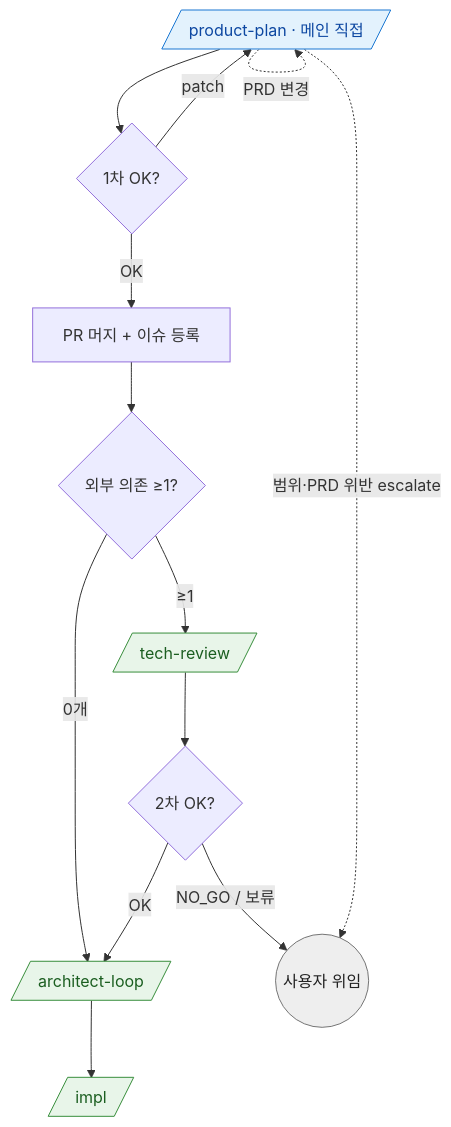
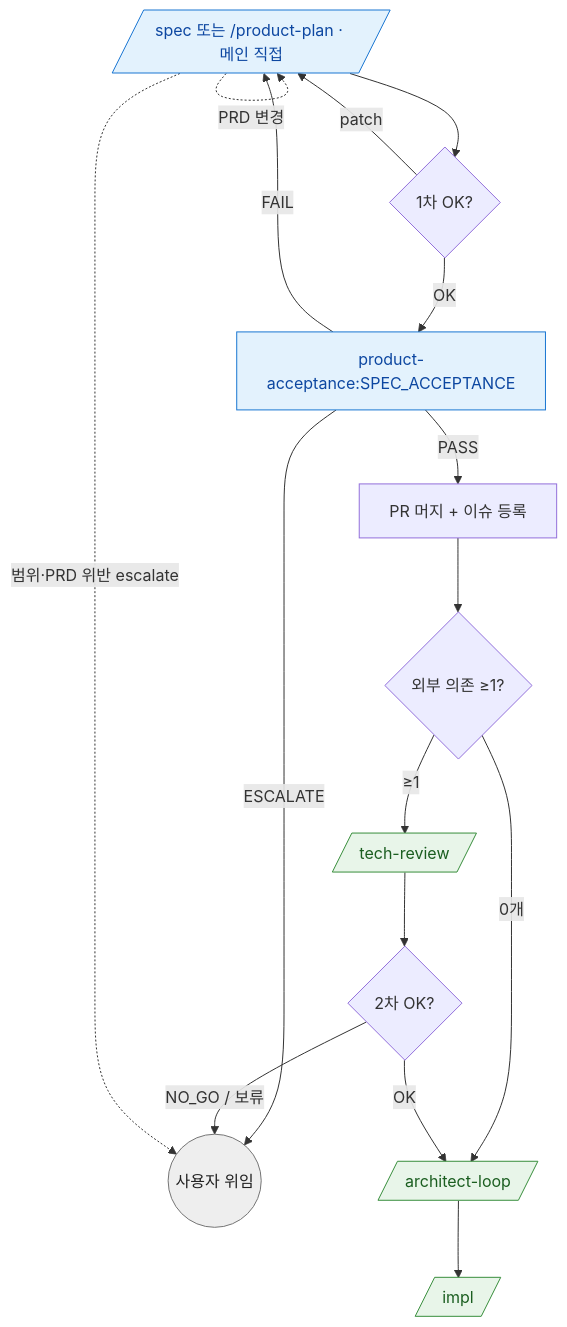
One commit to alruminum/dcNess changed the diagram in skills/product-plan/product-plan-routing.md. Above: the diagram before and after it, drawn with Mermaid. The commit also changed other lines of this file and 8 other files, not shown here.

````diff
--- a/skills/product-plan/product-plan-routing.md
+++ b/skills/product-plan/product-plan-routing.md
@@ -13,22 +13,25 @@
 ```mermaid
 flowchart TB
-  PP[/product-plan · 메인 직접/] --> CP1{1차 OK?}
+  PP[/spec 또는 /product-plan · 메인 직접/] --> CP1{1차 OK?}
   CP1 -->|patch| PP
-  CP1 -->|OK| MERGE[PR 머지 + 이슈 등록]
+  CP1 -->|OK| SA[product-acceptance:SPEC_ACCEPTANCE]
+  SA -->|FAIL| PP
+  SA -->|ESCALATE| U((사용자 위임))
+  SA -->|PASS| MERGE[PR 머지 + 이슈 등록]
   MERGE --> DEP{외부 의존 ≥1?}
   DEP -->|0개| AL[/architect-loop/]
   DEP -->|≥1| TR[/tech-review/]
   TR --> CP2{2차 OK?}
   CP2 -->|NO_GO / 보류| U((사용자 위임))
   CP2 -->|OK| AL
   AL --> SH[/impl/]
   PP -.->|PRD 변경| PP
   PP -.->|범위·PRD 위반 escalate| U
 
   classDef main fill:#e3f2fd,stroke:#1976d2,color:#0d47a1
   classDef next fill:#e8f5e9,stroke:#388e3c,color:#1b5e20
   classDef user fill:#eeeeee,stroke:#757575,color:#212121
-  class PP main
+  class PP,SA main
   class TR,AL,SH next
   class U user
 ```
````
